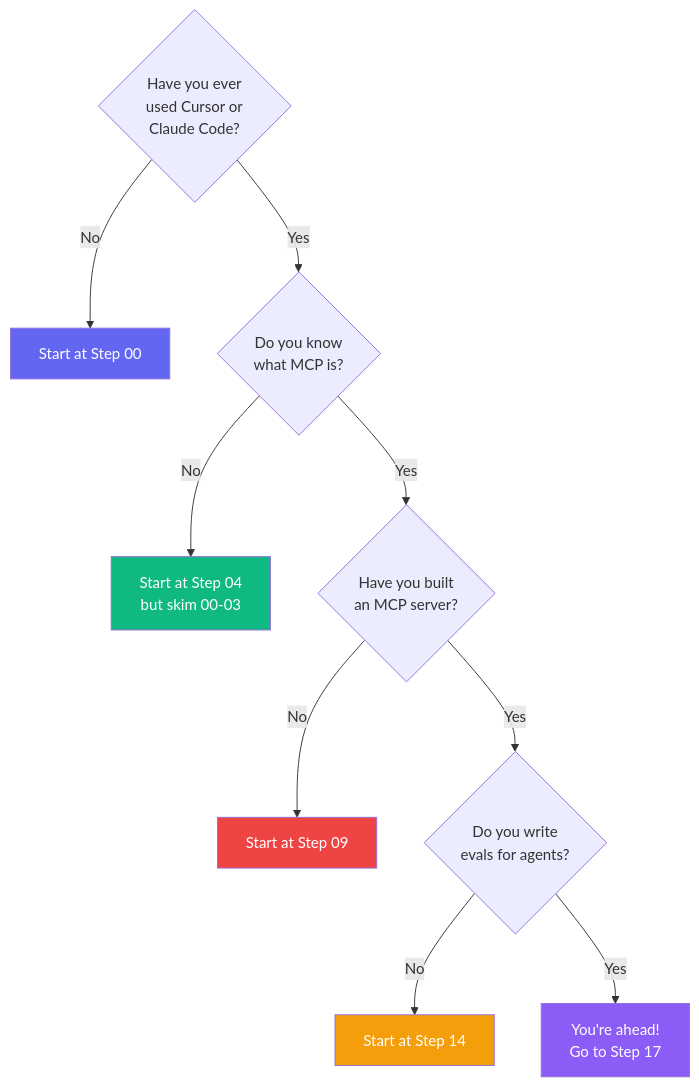
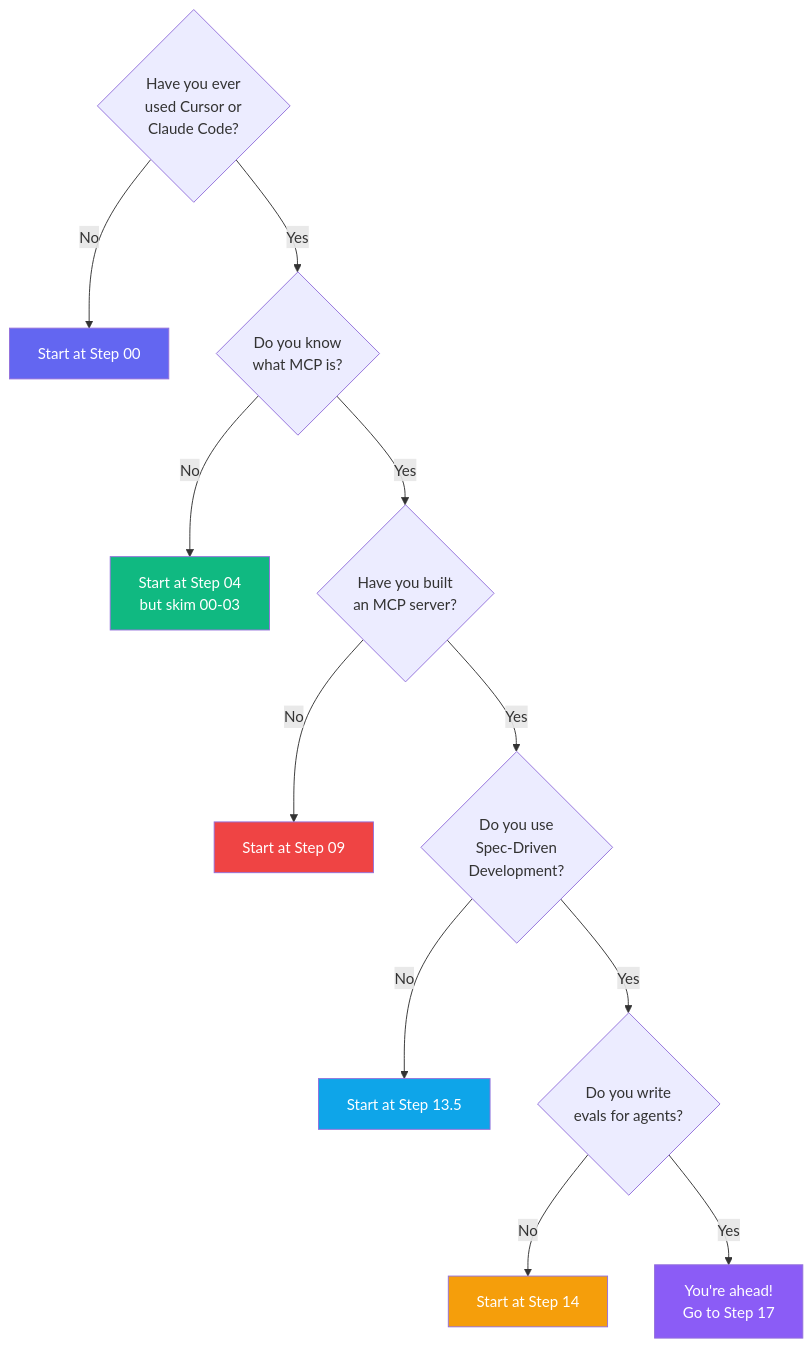
Before and after one commit to Isfhan/learn-agentic-coding: the second of 2 diagrams in ROADMAP.md, drawn with Mermaid. The commit also changed other lines of this file and 5 other files, not shown here.

Commit message:
Update README and ROADMAP to include Step 13.5: Spec-Driven Development; add new practice project for Spec-Driven mini feature

````diff
--- a/ROADMAP.md
+++ b/ROADMAP.md
@@ -54,18 +54,21 @@
 ```mermaid
 flowchart TD
     Q1{Have you ever<br/>used Cursor or<br/>Claude Code?}
     Q1 -->|No| S0[Start at Step 00]
     Q1 -->|Yes| Q2{Do you know<br/>what MCP is?}
     Q2 -->|No| S4[Start at Step 04<br/>but skim 00-03]
     Q2 -->|Yes| Q3{Have you built<br/>an MCP server?}
     Q3 -->|No| S9[Start at Step 09]
-    Q3 -->|Yes| Q4{Do you write<br/>evals for agents?}
+    Q3 -->|Yes| Q35{Do you use<br/>Spec-Driven<br/>Development?}
+    Q35 -->|No| S135[Start at Step 13.5]
+    Q35 -->|Yes| Q4{Do you write<br/>evals for agents?}
     Q4 -->|No| S14[Start at Step 14]
     Q4 -->|Yes| S17[You're ahead!<br/>Go to Step 17]
 
     style S0 fill:#6366f1,color:#fff
     style S4 fill:#10b981,color:#fff
     style S9 fill:#ef4444,color:#fff
+    style S135 fill:#0ea5e9,color:#fff
     style S14 fill:#f59e0b,color:#fff
     style S17 fill:#8b5cf6,color:#fff
 ```
````
